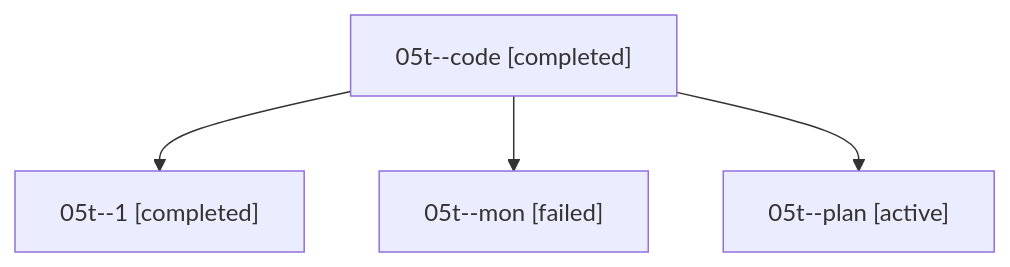
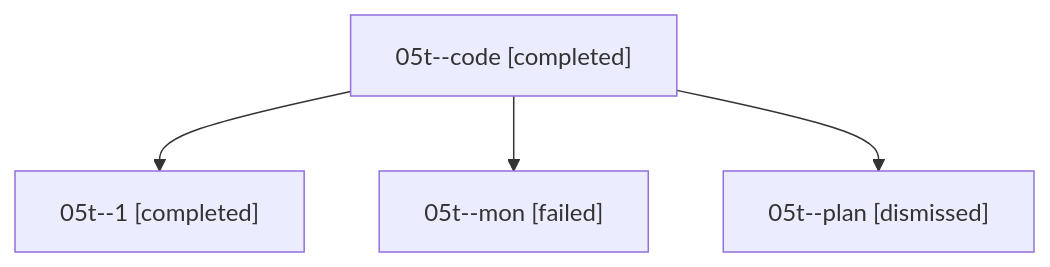
The diagram in sessions/bbugyi200.athena.05t.md (sase-org/sase--agents), drawn with Mermaid before and after one commit. The commit also changed other lines of this file and 43 other files, not shown here.

````diff
--- a/sessions/bbugyi200.athena.05t.md
+++ b/sessions/bbugyi200.athena.05t.md
@@ -9,10 +9,10 @@
 ```mermaid
 flowchart TD
   n0["05t--code [completed]"]
   n1["05t--1 [completed]"]
   n0 --> n1
   n2["05t--mon [failed]"]
   n0 --> n2
-  n3["05t--plan [active]"]
+  n3["05t--plan [dismissed]"]
   n0 --> n3
 ```
````
